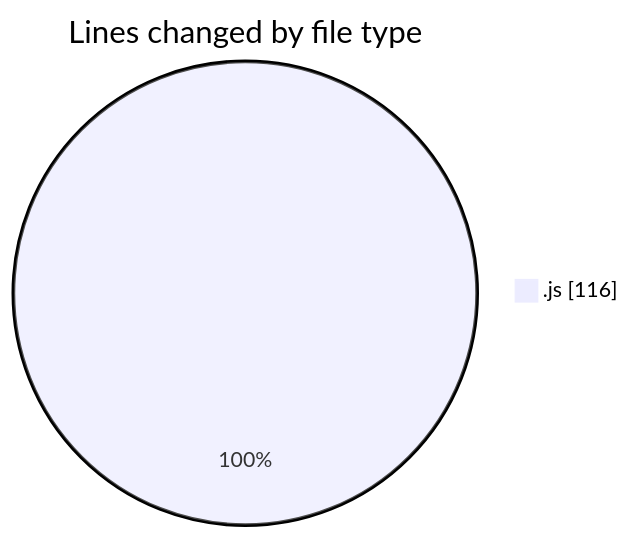
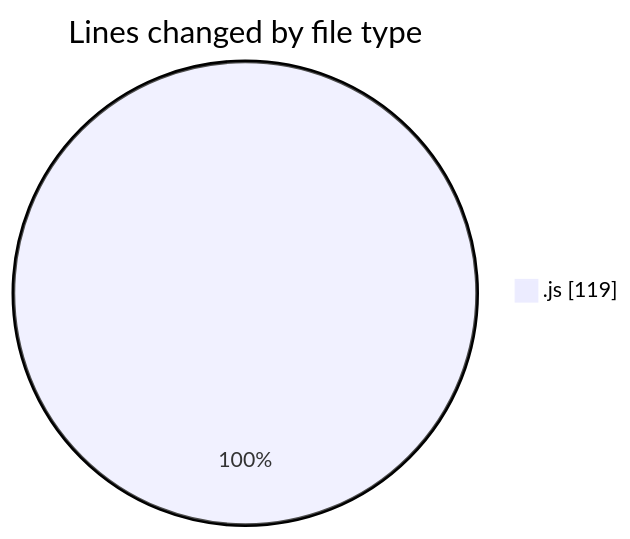
Before and after one commit to momahboobian/code-tracking: the first of 2 diagrams in 2026-02-02/cda/README.md, drawn with Mermaid. The commit also changed other lines of this file and 1 other file, not shown here.

````diff
--- a/2026-02-02/cda/README.md
+++ b/2026-02-02/cda/README.md
@@ -20,5 +20,5 @@
 ```mermaid
 pie showData
 title Lines changed by file type
-".js" : 116
+".js" : 119
 ```
````
